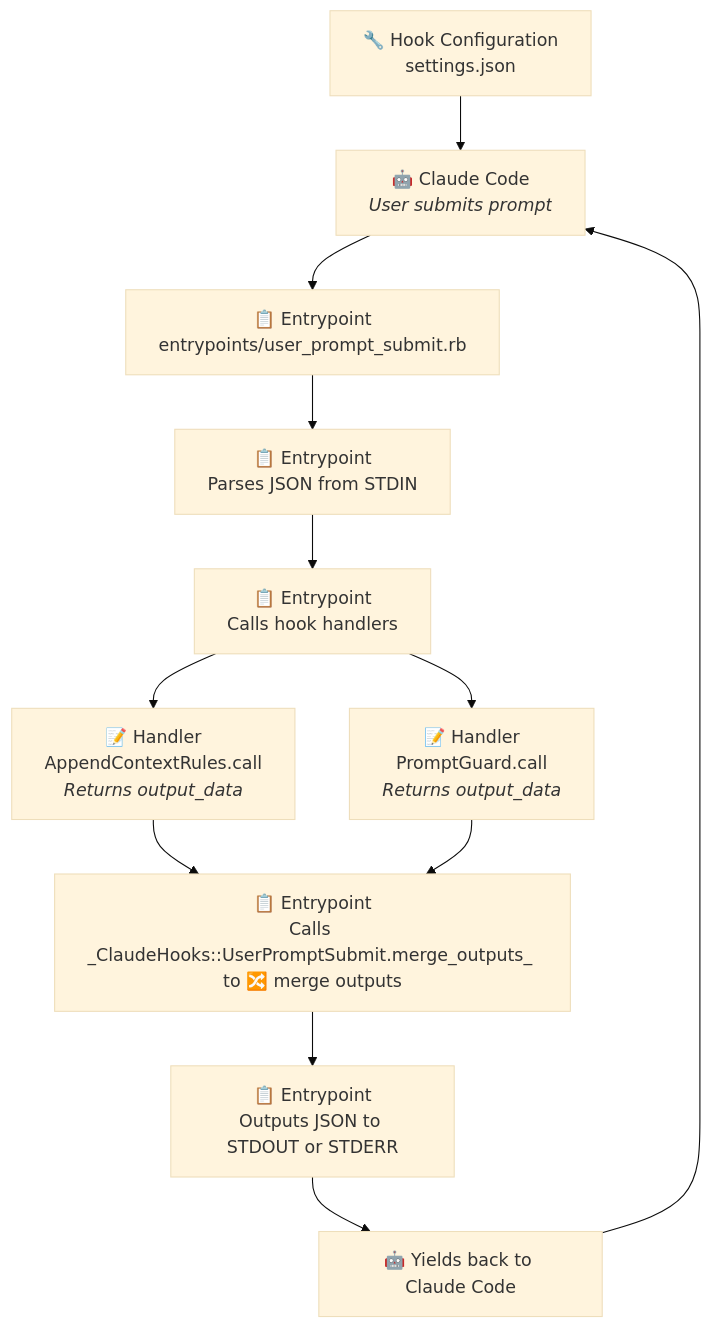
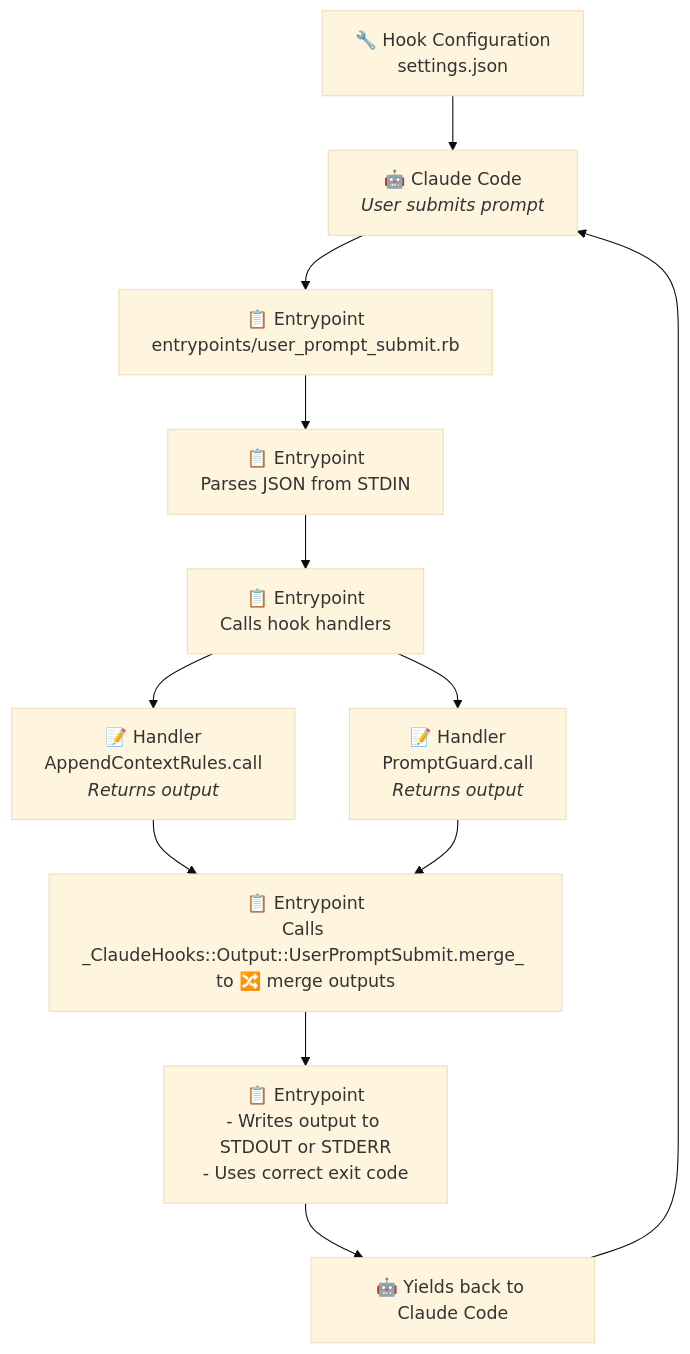
The second of 2 diagrams in README.md (gabriel-dehan/claude_hooks), drawn with Mermaid (base theme) before and after one commit. The commit also changed other lines of this file and 56 other files, not shown here.

````diff
--- a/README.md
+++ b/README.md
@@ -343,18 +296,18 @@
 ```mermaid
 graph TD
   A[🔧 Hook Configuration<br/>settings.json] --> B
   B[🤖 Claude Code<br/><em>User submits prompt</em>] --> C[📋 Entrypoint<br />entrypoints/user_prompt_submit.rb]
 
   C --> D[📋 Entrypoint<br />Parses JSON from STDIN]
   D --> E[📋 Entrypoint<br />Calls hook handlers]
 
-  E --> F[📝 Handler<br />AppendContextRules.call<br/><em>Returns output_data</em>]
-  E --> G[📝 Handler<br />PromptGuard.call<br/><em>Returns output_data</em>]
+  E --> F[📝 Handler<br />AppendContextRules.call<br/><em>Returns output</em>]
+  E --> G[📝 Handler<br />PromptGuard.call<br/><em>Returns output</em>]
 
-  F --> J[📋 Entrypoint<br />Calls _ClaudeHooks::UserPromptSubmit.merge_outputs_ to 🔀 merge outputs]
+  F --> J[📋 Entrypoint<br />Calls _ClaudeHooks::Output::UserPromptSubmit.merge_ to 🔀 merge outputs]
   G --> J
 
-  J --> K[📋 Entrypoint<br />Outputs JSON to STDOUT or STDERR]
+  J --> K[📋 Entrypoint<br />- Writes output to STDOUT or STDERR<br />- Uses correct exit code]
   K --> L[🤖 Yields back to Claude Code]
   L --> B
 ```
````
